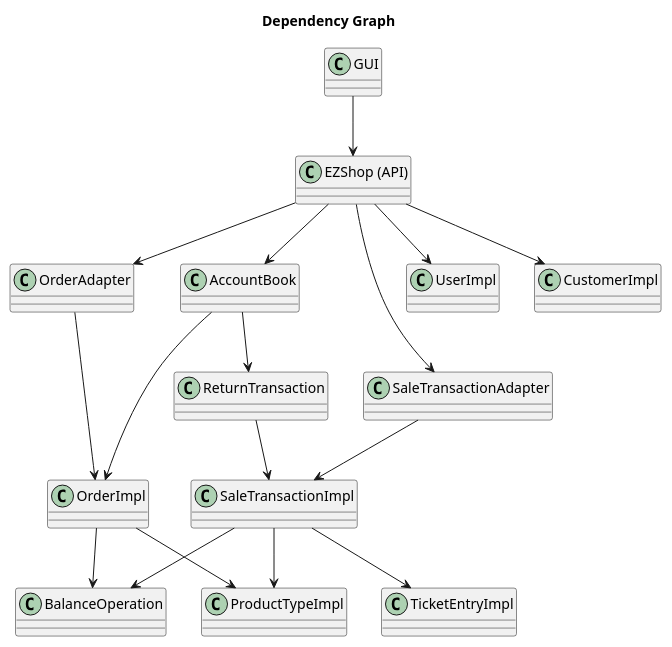
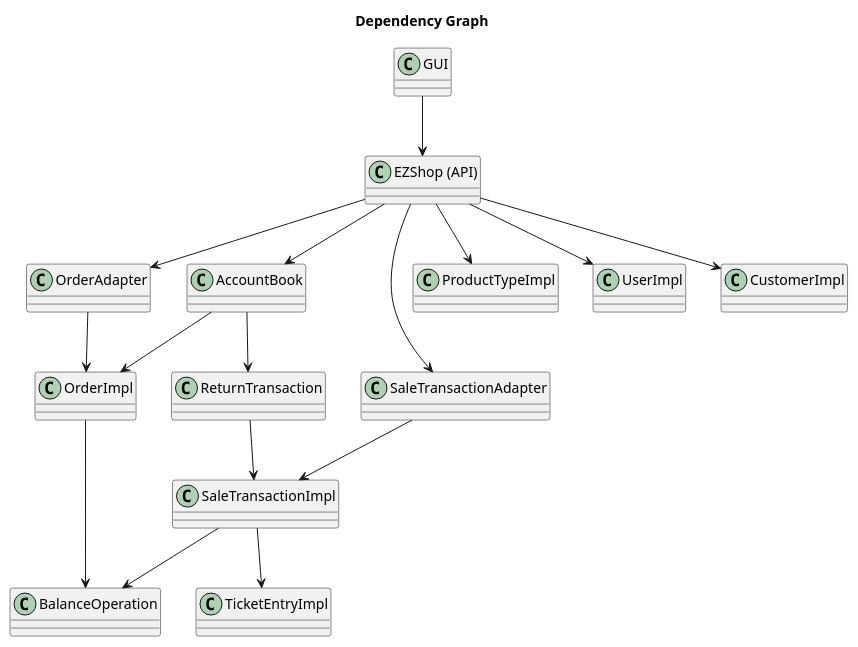
The diagram in Deliverables/IntegrationAPITestReport.md (andreadimax/EZShop), drawn with PlantUML before and after one commit. The commit also changed other lines of this file and 1 other file, not shown here.

Commit message:
corrected ProductTypeImplementation in dep. graph

````diff
--- a/Deliverables/IntegrationAPITestReport.md
+++ b/Deliverables/IntegrationAPITestReport.md
@@ -36,46 +37,45 @@
 ```plantuml
 @startuml
 
 title Dependency Graph
 
 class GUI
 class "EZShop (API)" as api
 class "OrderAdapter" as ordad
 class "OrderImpl" as ordimpl
 class "AccountBook" as accbook
 class "SaleTransactionAdapter" as stadapt
 class "SaleTransactionImpl" as stimpl
 class "ReturnTransaction" as rettrans
 class "ProductTypeImpl" as ptimpl
 class "BalanceOperation" as balop
 class "TicketEntryImpl" as teimpl
 class "UserImpl" as user
 class "CustomerImpl" as customer
 
 GUI --> api
 
 api --> ordad
 api --> accbook
 api --> stadapt
 api --> user
 api --> customer
+api --> ptimpl
 
 ordad --> ordimpl
 
 accbook --> ordimpl
 accbook --> rettrans
 
 stadapt --> stimpl
 
-ordimpl --> ptimpl
 ordimpl --> balop
 
 rettrans --> stimpl
 
-stimpl --> ptimpl
 stimpl --> balop
 stimpl --> teimpl
 
 
 @enduml
 ```
````
